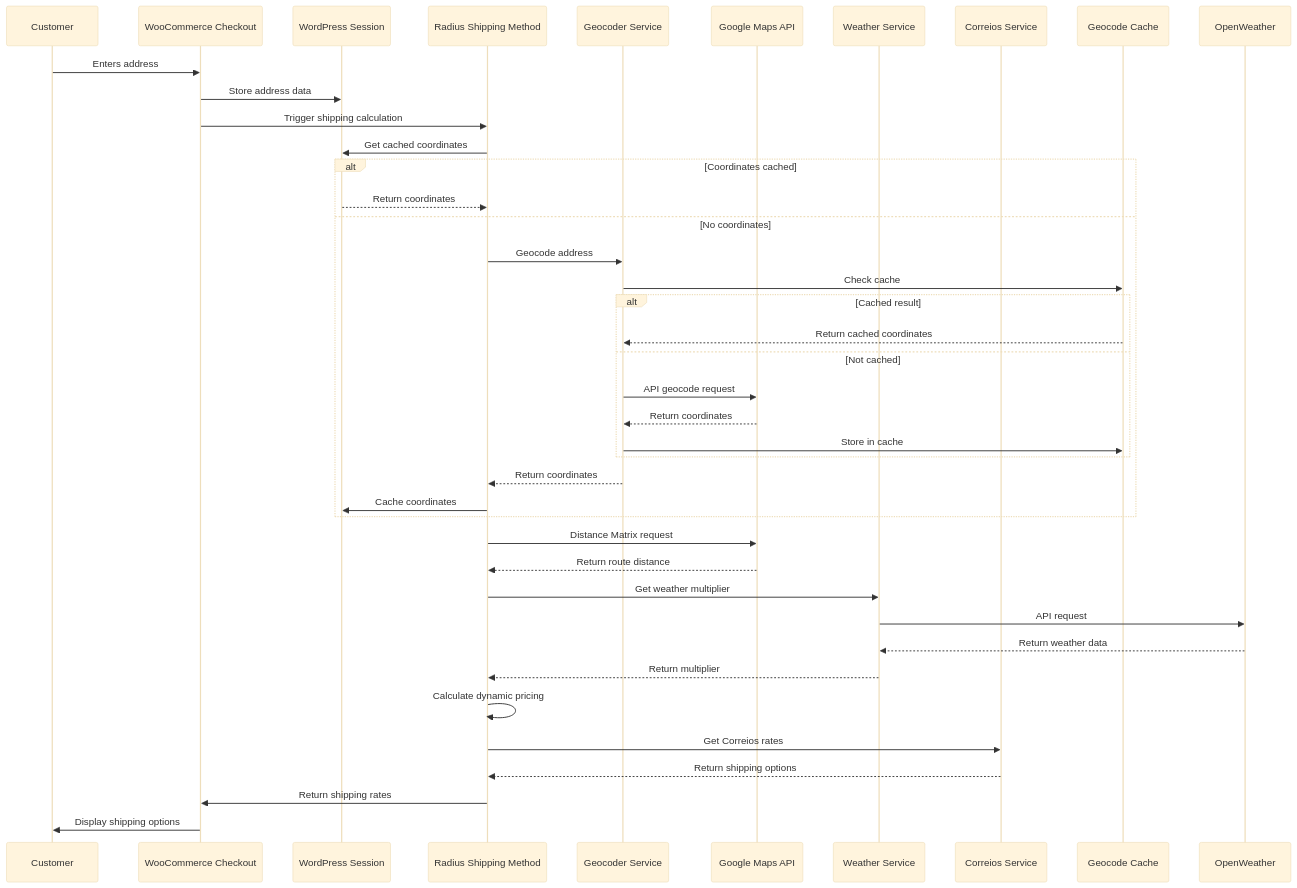
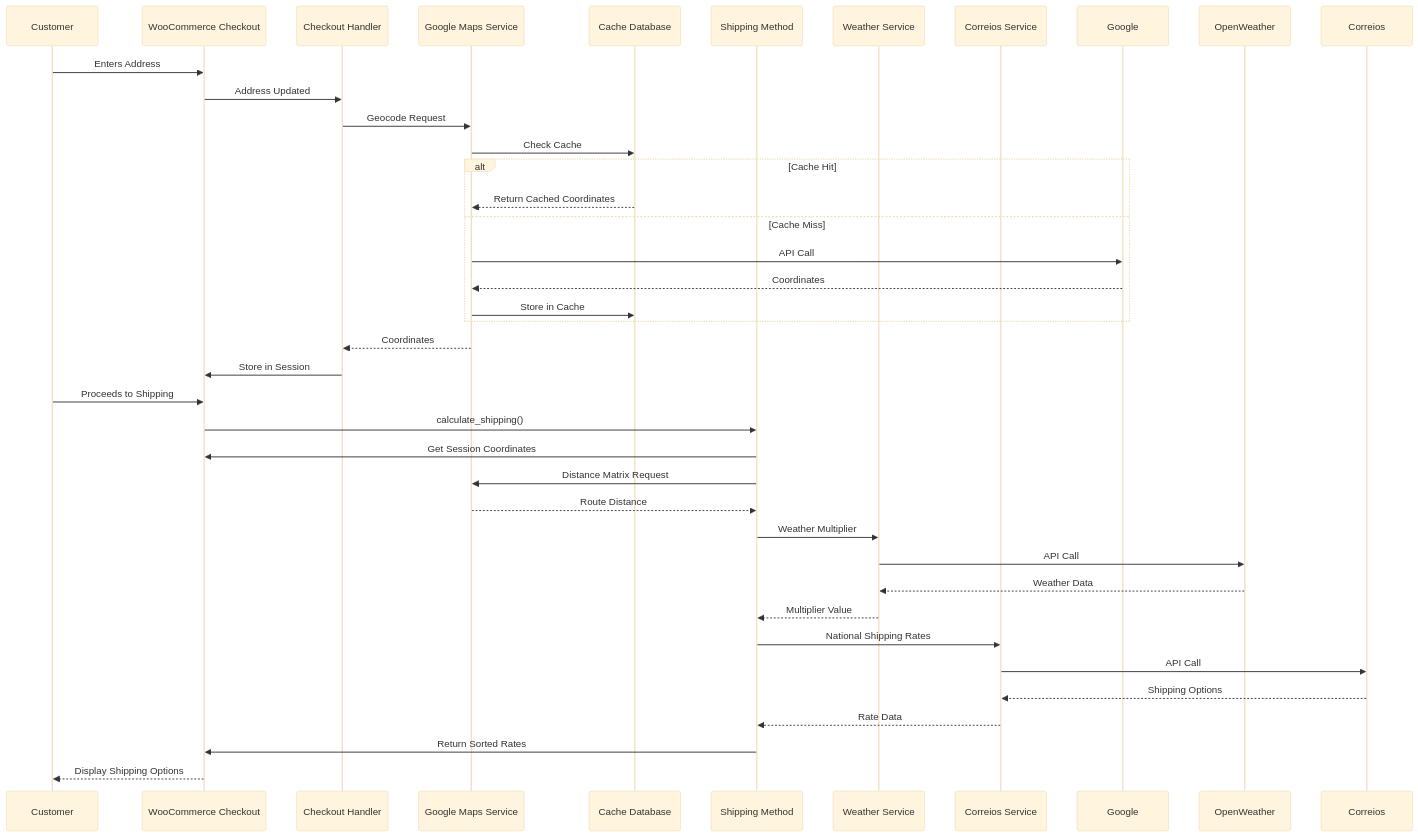
One commit to gustavofullstack/Woo_envios changed the third of 5 diagrams in docs/ARCHITECTURE.md. Above: the diagram before and after it, drawn with Mermaid (base theme). The commit also changed other lines of this file and 5 other files, not shown here.

````diff
--- a/docs/ARCHITECTURE.md
+++ b/docs/ARCHITECTURE.md
@@ -395,48 +261,43 @@
 ```mermaid
 sequenceDiagram
-    participant Customer
-    participant Checkout as WooCommerce Checkout
-    participant Session as WordPress Session
-    participant Shipping as Radius Shipping Method
-    participant Geocoder as Geocoder Service
-    participant GMaps as Google Maps API
-    participant Weather as Weather Service
-    participant Correios as Correios Service
-    participant Cache as Geocode Cache
+    participant C as Customer
+    participant WC as WooCommerce Checkout
+    participant CH as Checkout Handler
+    participant GM as Google Maps Service
+    participant DB as Cache Database
+    participant SM as Shipping Method
+    participant WT as Weather Service
+    participant CR as Correios Service
     
-    Customer->>Checkout: Enters address
-    Checkout->>Session: Store address data
-    Checkout->>Shipping: Trigger shipping calculation
+    C->>WC: Enters Address
+    WC->>CH: Address Updated
+    CH->>GM: Geocode Request
+    GM->>DB: Check Cache
+    alt Cache Hit
+        DB-->>GM: Return Cached Coordinates
+    else Cache Miss
+        GM->>Google: API Call
+        Google-->>GM: Coordinates
+        GM->>DB: Store in Cache
+    end
+    GM-->>CH: Coordinates
+    CH->>WC: Store in Session
     
-    Shipping->>Session: Get cached coordinates
-    alt Coordinates cached
-        Session-->>Shipping: Return coordinates
-    else No coordinates
-        Shipping->>Geocoder: Geocode address
-        Geocoder->>Cache: Check cache
-        alt Cached result
-            Cache-->>Geocoder: Return cached coordinates
-        else Not cached
-            Geocoder->>GMaps: API geocode request
-            GMaps-->>Geocoder: Return coordinates
-            Geocoder->>Cache: Store in cache
-        end
-        Geocoder-->>Shipping: Return coordinates
-        Shipping->>Session: Cache coordinates
-    end
+    C->>WC: Proceeds to Shipping
+    WC->>SM: calculate_shipping()
+    SM->>WC: Get Session Coordinates
+    SM->>GM: Distance Matrix Request
+    GM-->>SM: Route Distance
+    SM->>WT: Weather Multiplier
+    WT->>OpenWeather: API Call
+    OpenWeather-->>WT: Weather Data
+    WT-->>SM: Multiplier Value
     
-    Shipping->>GMaps: Distance Matrix request
-    GMaps-->>Shipping: Return route distance
+    SM->>CR: National Shipping Rates
+    CR->>Correios: API Call
+    Correios-->>CR: Shipping Options
+    CR-->>SM: Rate Data
     
-    Shipping->>Weather: Get weather multiplier
-    Weather->>OpenWeather: API request
-    OpenWeather-->>Weather: Return weather data
-    Weather-->>Shipping: Return multiplier
-    
-    Shipping->>Shipping: Calculate dynamic pricing
-    Shipping->>Correios: Get Correios rates
-    Correios-->>Shipping: Return shipping options
-    
-    Shipping->>Checkout: Return shipping rates
-    Checkout->>Customer: Display shipping options
+    SM->>WC: Return Sorted Rates
+    WC-->>C: Display Shipping Options
 ```
````
